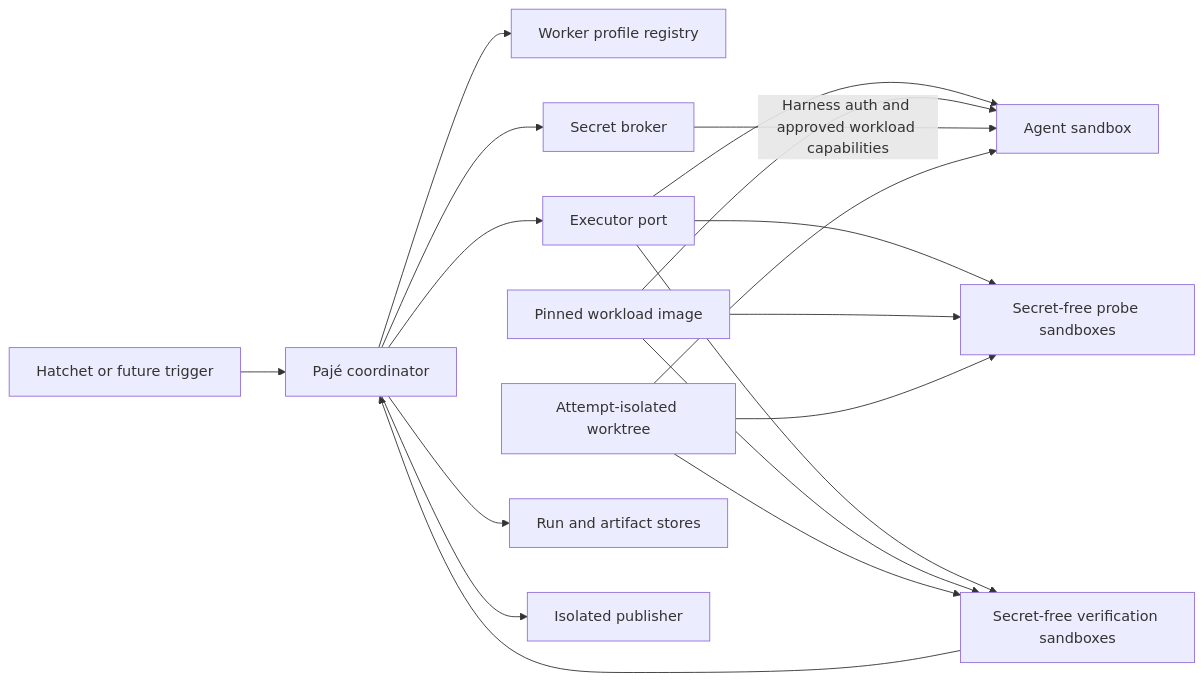
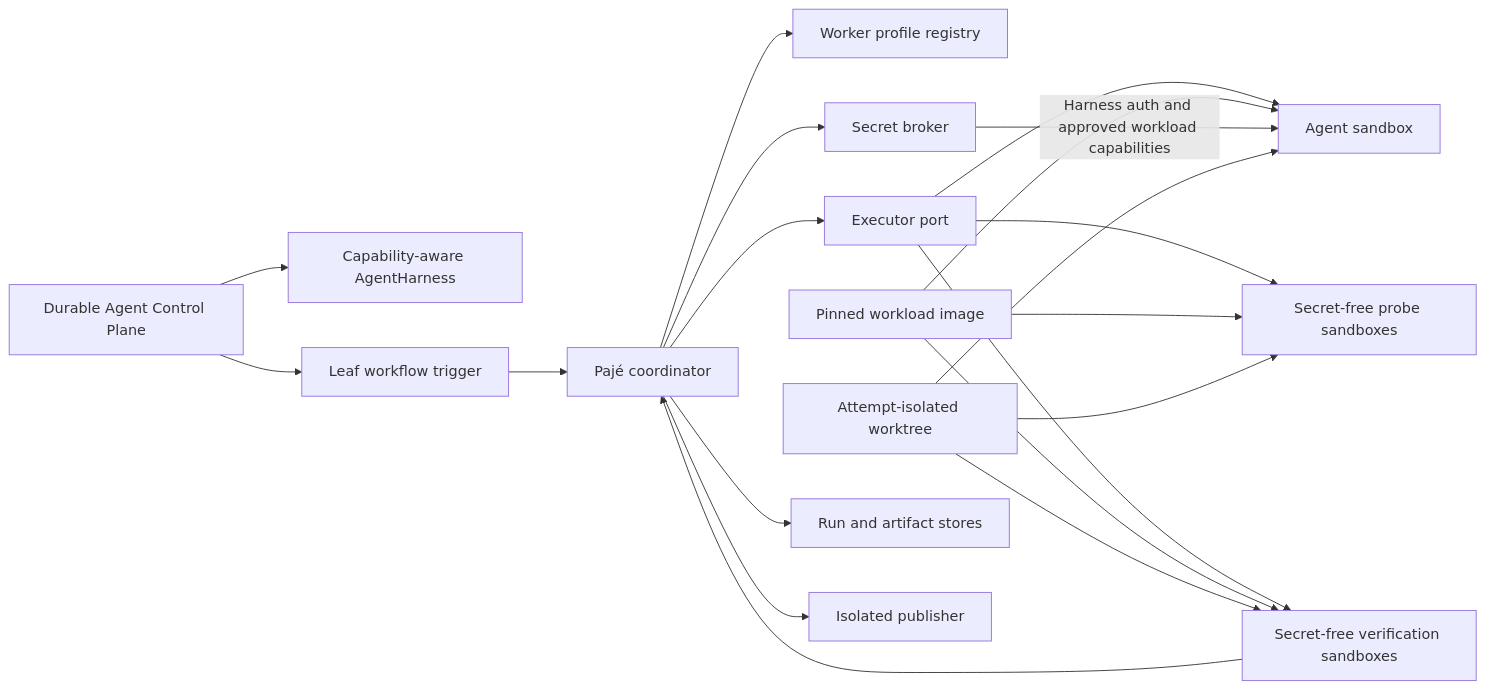
The diagram in docs/superpowers/specs/2026-07-25-portable-worker-profiles-and-isolated-execution-design.md (araihu/paje), drawn with Mermaid before and after one commit. The commit also changed other lines of this file and 4 other files, not shown here.

Commit message:
docs: define durable agent control plane

````diff
--- a/docs/superpowers/specs/2026-07-25-portable-worker-profiles-and-isolated-execution-design.md
+++ b/docs/superpowers/specs/2026-07-25-portable-worker-profiles-and-isolated-execution-design.md
@@ -159,24 +223,26 @@
 ```mermaid
 flowchart LR
-    Trigger["Hatchet or future trigger"] --> Coordinator["Pajé coordinator"]
+    ControlPlane["Durable Agent Control Plane"] --> AgentHarness["Capability-aware AgentHarness"]
+    ControlPlane --> Trigger["Leaf workflow trigger"]
+    Trigger --> Coordinator["Pajé coordinator"]
     Coordinator --> ProfileRegistry["Worker profile registry"]
     Coordinator --> SecretBroker["Secret broker"]
     Coordinator --> Executor["Executor port"]
 
     Executor --> Preflight["Secret-free probe sandboxes"]
     Executor --> Agent["Agent sandbox"]
     Executor --> Verification["Secret-free verification sandboxes"]
 
     WorkerImage["Pinned workload image"] --> Preflight
     WorkerImage --> Agent
     WorkerImage --> Verification
 
     SecretBroker -->|"Harness auth and approved workload capabilities"| Agent
     Worktree["Attempt-isolated worktree"] --> Preflight
     Worktree --> Agent
     Worktree --> Verification
 
     Verification --> Coordinator
     Coordinator --> ArtifactStore["Run and artifact stores"]
     Coordinator --> Publisher["Isolated publisher"]
 ```
````
